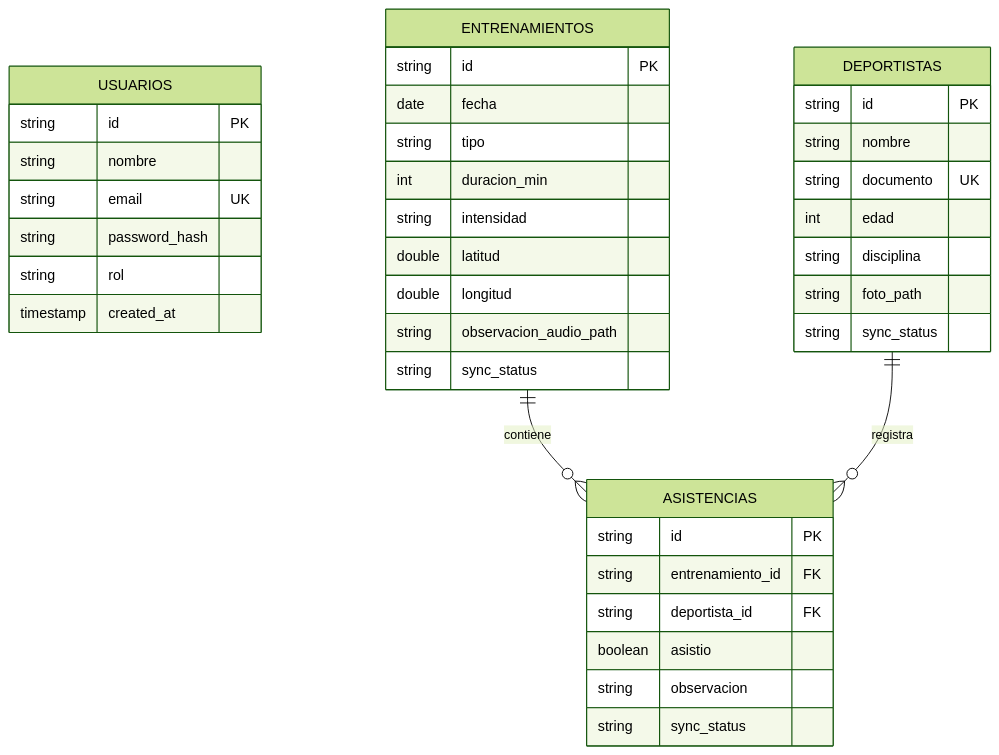
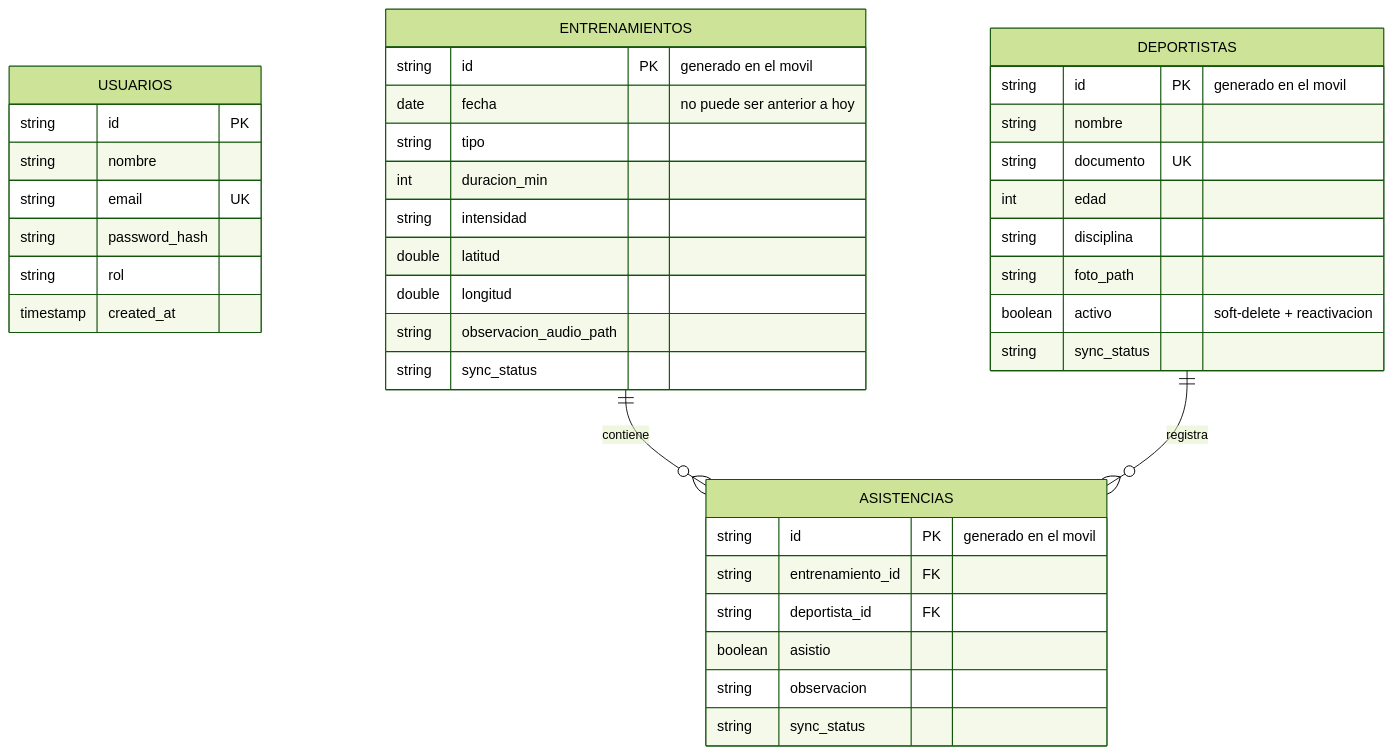
One commit to NicolasChaves93/Aplicacion-deportiva changed the fourth of 4 diagrams in README.md. Above: the diagram before and after it, drawn with Mermaid (forest theme). The commit also changed other lines of this file and 17 other files, not shown here.

````diff
--- a/README.md
+++ b/README.md
@@ -144,41 +150,42 @@
 ```mermaid
 erDiagram
     USUARIOS {
         string id PK
         string nombre
         string email UK
         string password_hash
         string rol
         timestamp created_at
     }
     DEPORTISTAS {
-        string id PK
+        string id PK "generado en el movil"
         string nombre
         string documento UK
         int edad
         string disciplina
         string foto_path
+        boolean activo "soft-delete + reactivacion"
         string sync_status
     }
     ENTRENAMIENTOS {
-        string id PK
-        date fecha
+        string id PK "generado en el movil"
+        date fecha "no puede ser anterior a hoy"
         string tipo
         int duracion_min
         string intensidad
         double latitud
         double longitud
         string observacion_audio_path
         string sync_status
     }
     ASISTENCIAS {
-        string id PK
+        string id PK "generado en el movil"
         string entrenamiento_id FK
         string deportista_id FK
         boolean asistio
         string observacion
         string sync_status
     }
     ENTRENAMIENTOS ||--o{ ASISTENCIAS : contiene
     DEPORTISTAS ||--o{ ASISTENCIAS : registra
 ```
````
